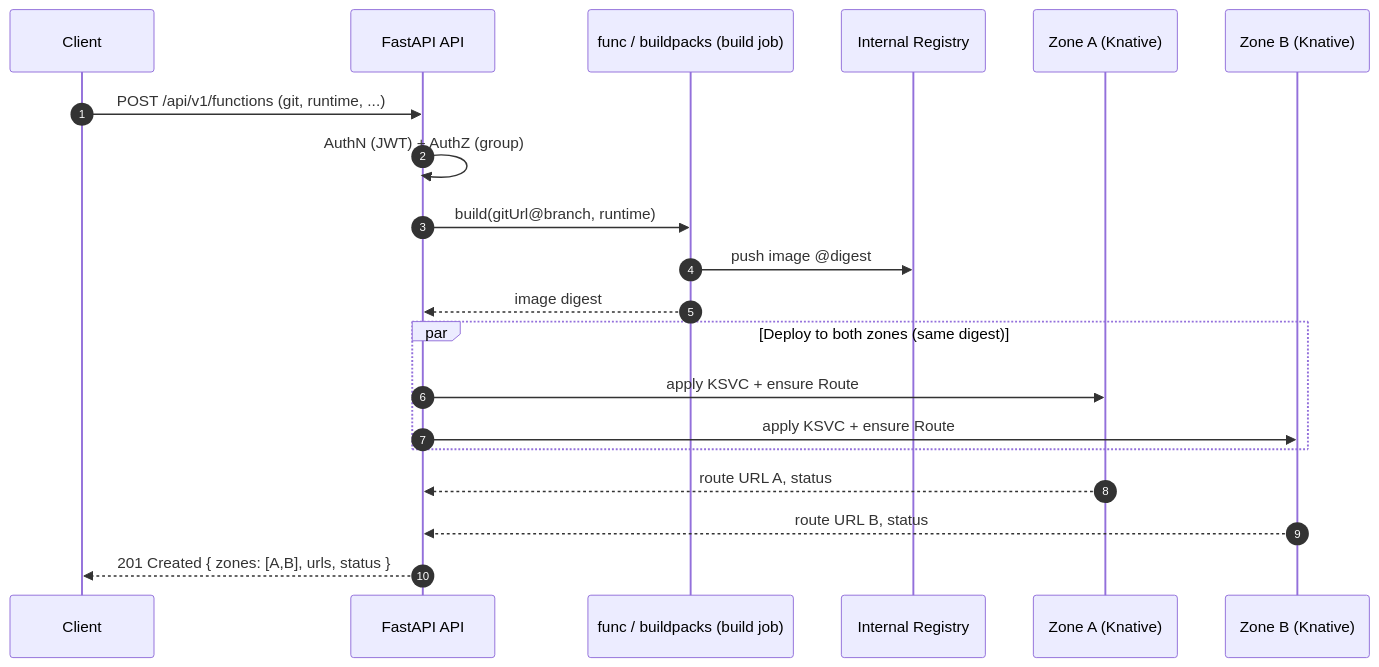
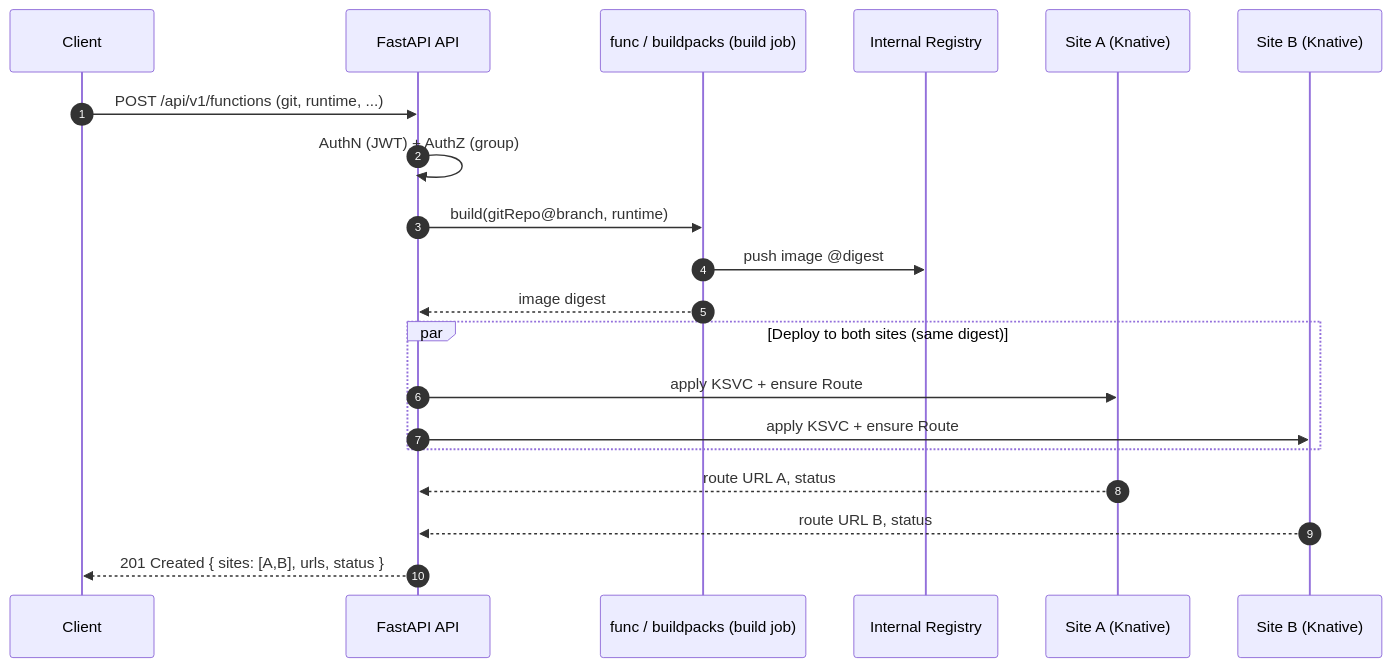
One commit to black-cloudlet/serverless changed the third of 7 diagrams in docs/ARCHITECTURE.md. Above: the diagram before and after it, drawn with Mermaid. The commit also changed other lines of this file and 70 other files, not shown here.

First line of the commit message:
Serverless API: FaaS + CaaS over Knative on OpenShift (#2)

````diff
--- a/docs/ARCHITECTURE.md
+++ b/docs/ARCHITECTURE.md
@@ -227,23 +228,23 @@
 ```mermaid
 sequenceDiagram
     autonumber
     participant U as Client
     participant API as FastAPI API
     participant Build as func / buildpacks (build job)
     participant Reg as Internal Registry
-    participant ZA as Zone A (Knative)
-    participant ZB as Zone B (Knative)
+    participant ZA as Site A (Knative)
+    participant ZB as Site B (Knative)
 
     U->>API: POST /api/v1/functions (git, runtime, ...)
     API->>API: AuthN (JWT) + AuthZ (group)
-    API->>Build: build(gitUrl@branch, runtime)
+    API->>Build: build(gitRepo@branch, runtime)
     Build->>Reg: push image @digest
     Build-->>API: image digest
-    par Deploy to both zones (same digest)
+    par Deploy to both sites (same digest)
         API->>ZA: apply KSVC + ensure Route
         API->>ZB: apply KSVC + ensure Route
     end
     ZA-->>API: route URL A, status
     ZB-->>API: route URL B, status
-    API-->>U: 201 Created { zones: [A,B], urls, status }
+    API-->>U: 201 Created { sites: [A,B], urls, status }
 ```
````
